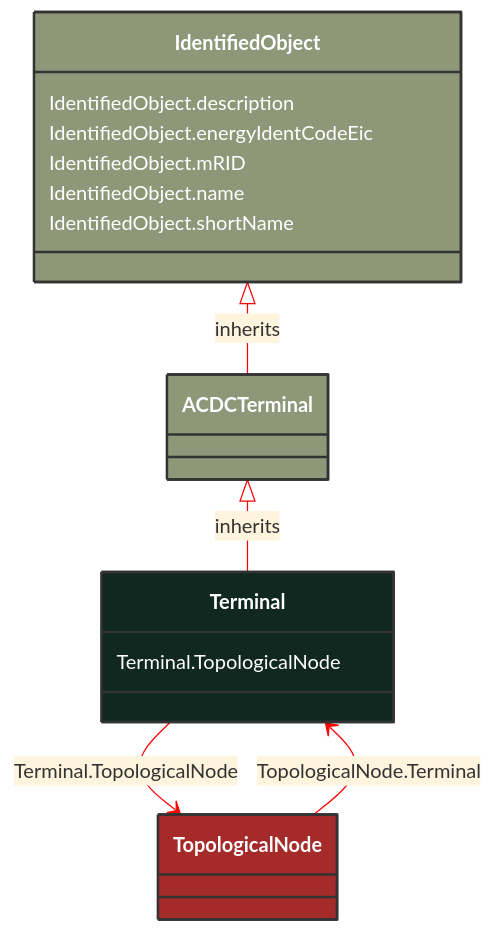
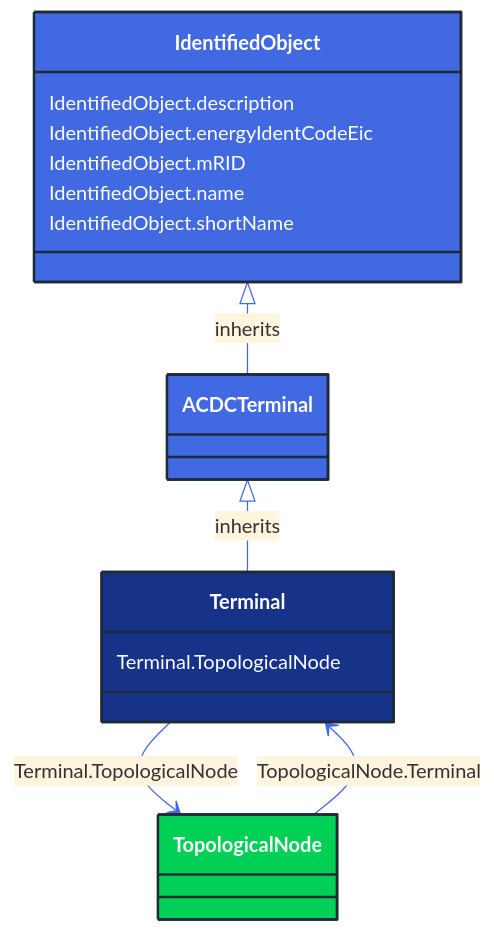
Before and after one commit to 3lbits/NoCIMExtensions: the diagram in docs/Models/Profiles/Topology/ConcreteClasses/Terminal.md, drawn with Mermaid. The commit also changed 362 other files, not shown here.

First line of the commit message:
Update diagrams and styles for improved visual consistency

````diff
--- a/docs/Models/Profiles/Topology/ConcreteClasses/Terminal.md
+++ b/docs/Models/Profiles/Topology/ConcreteClasses/Terminal.md
@@ -8,35 +8,35 @@
 ```mermaid
-%%{init: {'theme':'base','themeVariables': {'lineColor': '#FF0000'}}}%%
+%%{init: {'theme':'base','themeVariables': {'lineColor': '#4169E1'}}}%%
 classDiagram
     class Terminal
     click Terminal href "/Models/Profiles/Topology/ConcreteClasses/Terminal/"
-    style Terminal fill:#102820,stroke:#333,stroke-width:2px,rx:10,ry:10,color:white
+    style Terminal fill:#163289,stroke:#1F2A37,stroke-width:2px,rx:10,ry:10,color:white
      
         ACDCTerminal <|-- Terminal : inherits
             click ACDCTerminal href "/Models/Profiles/Topology/AbstractClasses/ACDCTerminal/"
-            style ACDCTerminal fill:#8F9779,stroke:#333,stroke-width:2px,rx:10,ry:10,color:white
+            style ACDCTerminal fill:#4169E1,stroke:#1F2A37,stroke-width:2px,rx:10,ry:10,color:white
      
         IdentifiedObject <|-- ACDCTerminal : inherits
             click IdentifiedObject href "/Models/Profiles/Topology/AbstractClasses/IdentifiedObject/"
-            style IdentifiedObject fill:#8F9779,stroke:#333,stroke-width:2px,rx:10,ry:10,color:white
+            style IdentifiedObject fill:#4169E1,stroke:#1F2A37,stroke-width:2px,rx:10,ry:10,color:white
 
         Terminal --> TopologicalNode : Terminal.TopologicalNode
 
         TopologicalNode
             click TopologicalNode href "/Models/Profiles/Topology/ConcreteClasses/TopologicalNode/"
-            style TopologicalNode fill:#A52A2A,stroke:#333,stroke-width:2px,rx:10,ry:10,color:white
+            style TopologicalNode fill:#00D156,stroke:#1F2A37,stroke-width:2px,rx:10,ry:10,color:white
 
         TopologicalNode --> Terminal : TopologicalNode.Terminal
 
         TopologicalNode
             click TopologicalNode href "/Models/Profiles/Topology/ConcreteClasses/TopologicalNode/"
-            style TopologicalNode fill:#A52A2A,stroke:#333,stroke-width:2px,rx:10,ry:10,color:white
+            style TopologicalNode fill:#00D156,stroke:#1F2A37,stroke-width:2px,rx:10,ry:10,color:white
 
 
         Terminal : Terminal.TopologicalNode
         IdentifiedObject : IdentifiedObject.description
         IdentifiedObject : IdentifiedObject.energyIdentCodeEic
         IdentifiedObject : IdentifiedObject.mRID
         IdentifiedObject : IdentifiedObject.name
         IdentifiedObject : IdentifiedObject.shortName
 ```
````
